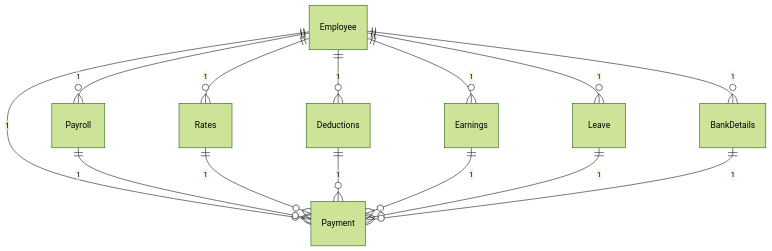
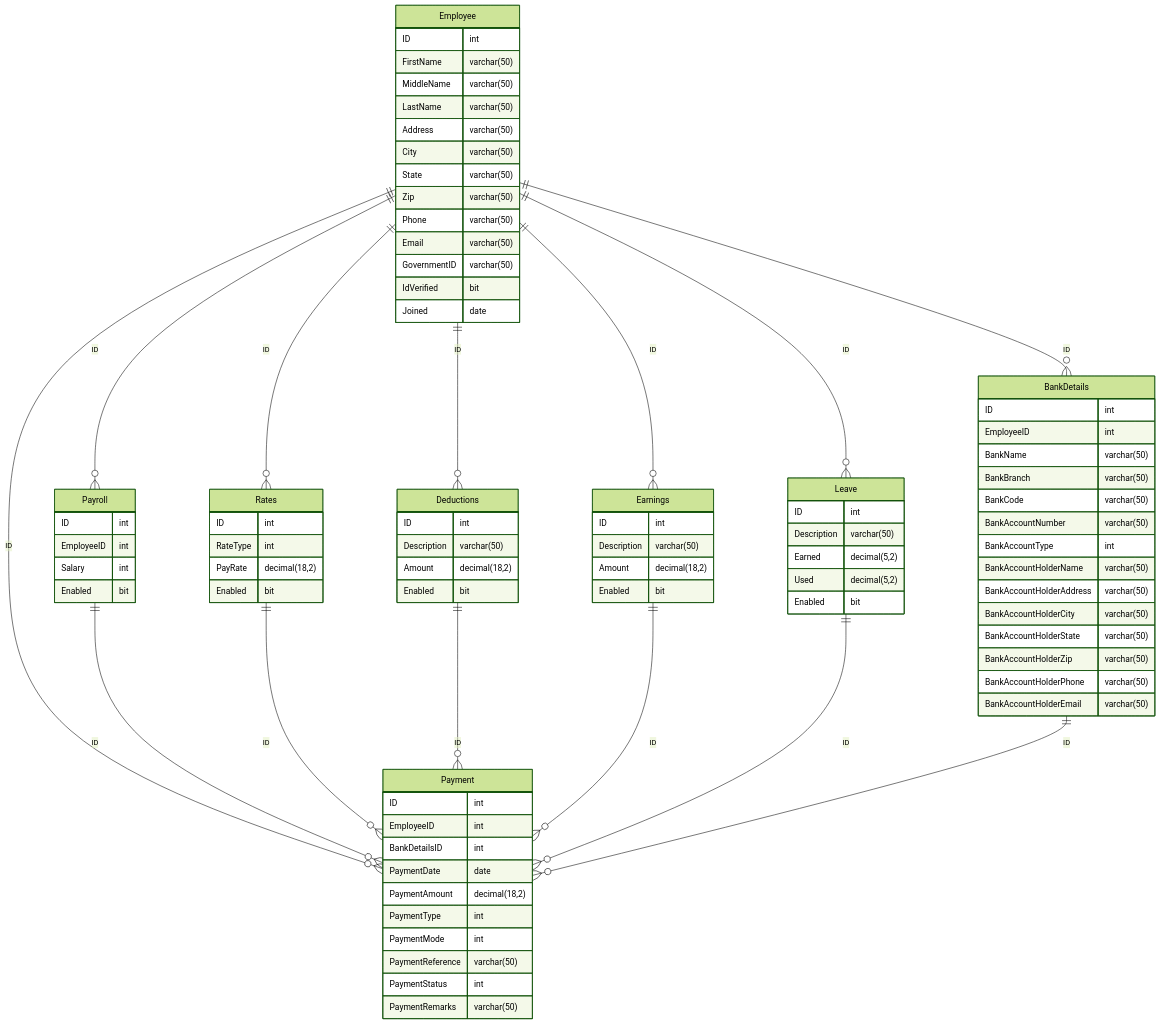
Before and after one commit to navinkumaragilysys/tenet: the first of 2 diagrams in README.md, drawn with Mermaid (forest theme). The commit also changed other lines of this file, not shown here.

Commit message:
relation ship added

````diff
--- a/README.md
+++ b/README.md
@@ -268,16 +268,90 @@
 ```mermaid
 erDiagram
-    Employee ||--o{ Payroll : "1" 
-    Employee ||--o{ Rates : "1" 
-    Employee ||--o{ Deductions : "1" 
-    Employee ||--o{ Earnings : "1" 
-    Employee ||--o{ Leave : "1" 
-    Employee ||--o{ Payment : "1" 
-    Employee ||--o{ BankDetails : "1" 
-    Payroll ||--o{ Payment : "1" 
-    Rates ||--o{ Payment : "1" 
-    Deductions ||--o{ Payment : "1" 
-    Earnings ||--o{ Payment : "1" 
-    Leave ||--o{ Payment : "1" 
-    BankDetails ||--o{ Payment : "1" 
+    Employee ||--o{ Payroll : "ID"
+    Employee ||--o{ Rates : "ID"
+    Employee ||--o{ Deductions : "ID"
+    Employee ||--o{ Earnings : "ID"
+    Employee ||--o{ Leave : "ID"
+    Employee ||--o{ Payment : "ID"
+    Employee ||--o{ BankDetails : "ID"
+    Payroll ||--o{ Payment : "ID"
+    Rates ||--o{ Payment : "ID"
+    Deductions ||--o{ Payment : "ID"
+    Earnings ||--o{ Payment : "ID"
+    Leave ||--o{ Payment : "ID"
+    BankDetails ||--o{ Payment : "ID"
+    Employee {
+        ID int
+        FirstName varchar(50)
+        MiddleName varchar(50)
+        LastName varchar(50)
+        Address varchar(50)
+        City varchar(50)
+        State varchar(50)
+        Zip varchar(50)
+        Phone varchar(50)
+        Email varchar(50)
+        GovernmentID varchar(50)
+        IdVerified bit
+        Joined date
+    }
+    Payroll {
+        ID int
+        EmployeeID int
+        Salary int
+        Enabled bit
+    }
+    Rates {
+        ID int
+        RateType int
+        PayRate decimal(18,2)
+        Enabled bit
+    }
+    Deductions {
+        ID int
+        Description varchar(50)
+        Amount decimal(18,2)
+        Enabled bit
+    }
+    Earnings {
+        ID int
+        Description varchar(50)
+        Amount decimal(18,2)
+        Enabled bit
+    }
+    Leave {
+        ID int
+        Description varchar(50)
+        Earned decimal(5,2)
+        Used decimal(5,2)
+        Enabled bit
+    }
+    Payment {
+        ID int
+        EmployeeID int
+        BankDetailsID int
+        PaymentDate date
+        PaymentAmount decimal(18,2)
+        PaymentType int
+        PaymentMode int
+        PaymentReference varchar(50)
+        PaymentStatus int
+        PaymentRemarks varchar(50)
+    }
+    BankDetails {
+        ID int
+        EmployeeID int
+        BankName varchar(50)
+        BankBranch varchar(50)
+        BankCode varchar(50)
+        BankAccountNumber varchar(50)
+        BankAccountType int
+        BankAccountHolderName varchar(50)
+        BankAccountHolderAddress varchar(50)
+        BankAccountHolderCity varchar(50)
+        BankAccountHolderState varchar(50)
+        BankAccountHolderZip varchar(50)
+        BankAccountHolderPhone varchar(50)
+        BankAccountHolderEmail varchar(50)
+    }
 ```
````
